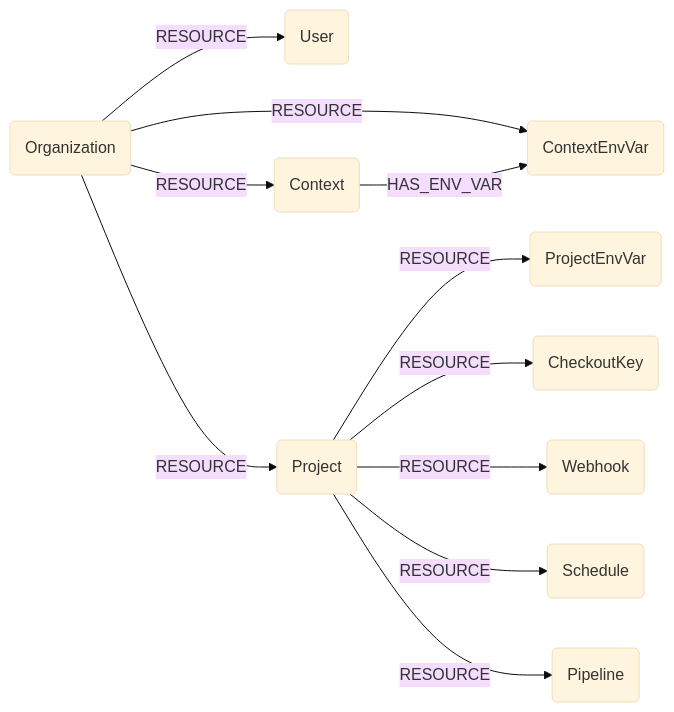
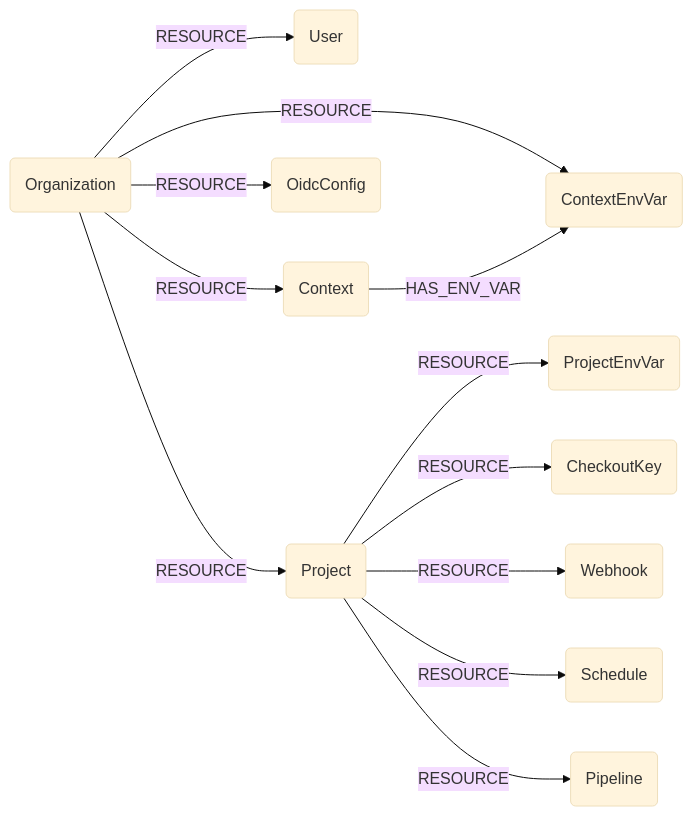
The diagram in docs/root/modules/circleci/schema.md (cartography-cncf/cartography), drawn with Mermaid (base theme) before and after one commit. The commit also changed other lines of this file and 5 other files, not shown here.

First line of the commit message:
feat(circleci): add org-level OIDC custom-claims config

````diff
--- a/docs/root/modules/circleci/schema.md
+++ b/docs/root/modules/circleci/schema.md
@@ -3,13 +3,14 @@
 ```mermaid
 graph LR
 O(Organization) -- RESOURCE --> U(User)
 O -- RESOURCE --> C(Context)
 O -- RESOURCE --> CEV(ContextEnvVar)
 C -- HAS_ENV_VAR --> CEV
+O -- RESOURCE --> OIDC(OidcConfig)
 O -- RESOURCE --> P(Project)
 P -- RESOURCE --> PEV(ProjectEnvVar)
 P -- RESOURCE --> CK(CheckoutKey)
 P -- RESOURCE --> W(Webhook)
 P -- RESOURCE --> S(Schedule)
 P -- RESOURCE --> PL(Pipeline)
 ```
````
